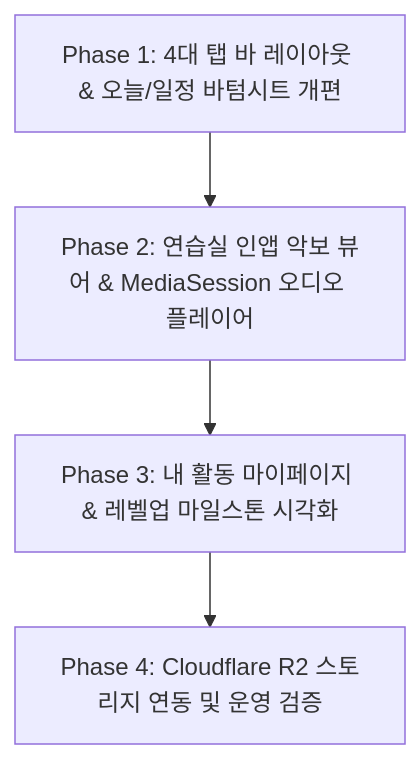
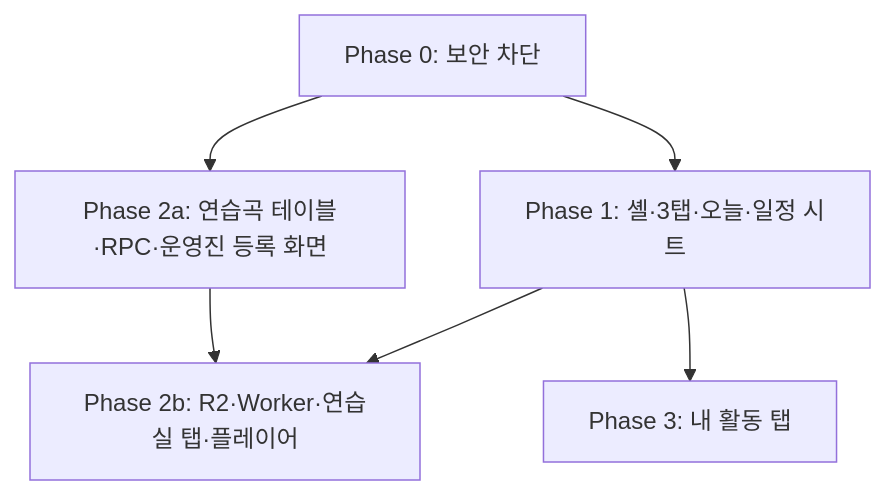
Before and after one commit to leejy9/moonchoir-rollbook: the diagram in docs/MEMBER_UX_AUDIO_SPEC.md, drawn with Mermaid. The commit also changed other lines of this file and 1 other file, not shown here.

````diff
--- a/docs/MEMBER_UX_AUDIO_SPEC.md
+++ b/docs/MEMBER_UX_AUDIO_SPEC.md
@@ -180,6 +340,8 @@
 ```mermaid
 flowchart TD
-    P1["Phase 1: 4대 탭 바 레이아웃 & 오늘/일정 바텀시트 개편"] --> P2["Phase 2: 연습실 인앱 악보 뷰어 & MediaSession 오디오 플레이어"]
-    P2 --> P3["Phase 3: 내 활동 마이페이지 & 레벨업 마일스톤 시각화"]
-    P3 --> P4["Phase 4: Cloudflare R2 스토리지 연동 및 운영 검증"]
+    P0["Phase 0: 보안 차단"] --> P1["Phase 1: 셸·3탭·오늘·일정 시트"]
+    P0 --> P2a["Phase 2a: 연습곡 테이블·RPC·운영진 등록 화면"]
+    P2a --> P2b["Phase 2b: R2·Worker·연습실 탭·플레이어"]
+    P1 --> P2b
+    P1 --> P3["Phase 3: 내 활동 탭"]
 ```
````
